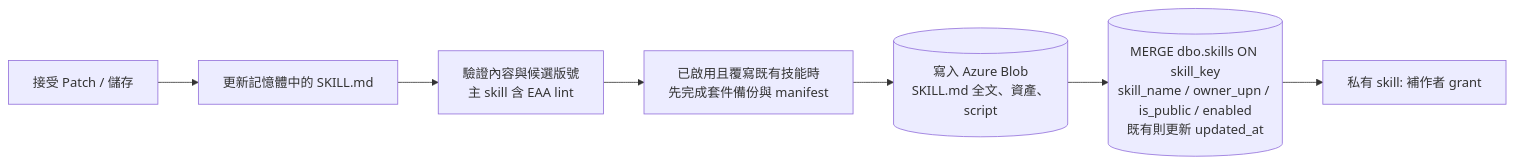
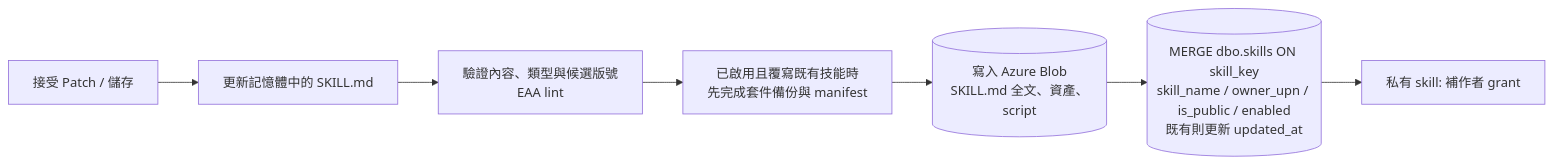
Before and after one commit to georgeliang0821/foundry-skill-generator-v3: the third of 3 diagrams in docs/03-architecture.md, drawn with Mermaid. The commit also changed other lines of this file and 41 other files, not shown here.

````diff
--- a/docs/03-architecture.md
+++ b/docs/03-architecture.md
@@ -135,9 +136,9 @@
 ```mermaid
 flowchart LR
     P[接受 Patch / 儲存] --> MEM[更新記憶體中的 SKILL.md]
-    MEM --> CHECK[驗證內容與候選版號<br/>主 skill 含 EAA lint]
+    MEM --> CHECK[驗證內容、類型與候選版號<br/>EAA lint]
     CHECK --> BACKUP[已啟用且覆寫既有技能時<br/>先完成套件備份與 manifest]
     BACKUP --> BLOB[(寫入 Azure Blob<br/>SKILL.md 全文、資產、script)]
     BLOB --> SQL[(MERGE dbo.skills ON skill_key<br/>skill_name / owner_upn / is_public / enabled<br/>既有則更新 updated_at)]
     SQL --> GRANT[私有 skill: 補作者 grant]
 ```
````
